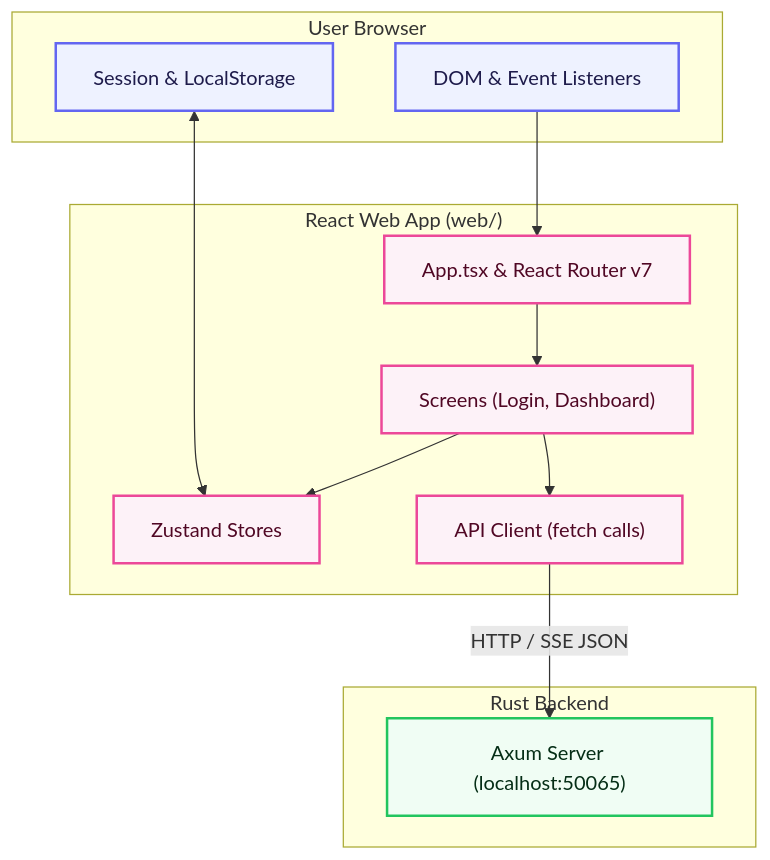
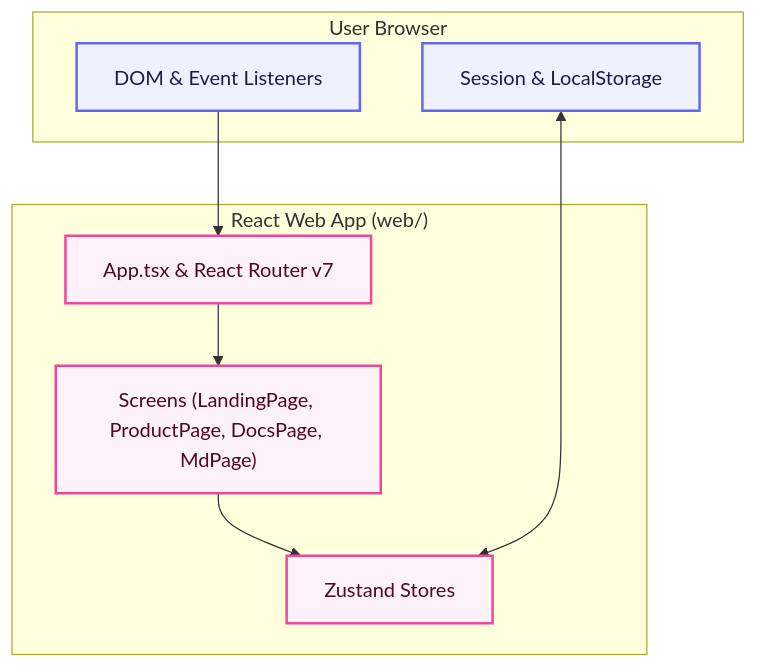
The diagram in web/README.md (Telegramonic/telegramonic), drawn with Mermaid before and after one commit. The commit also changed other lines of this file and 1 other file, not shown here.

First line of the commit message:
docs(TEL-20): remove server connection references from web documentation

````diff
--- a/web/README.md
+++ b/web/README.md
@@ -7,31 +7,23 @@
 ```mermaid
 graph TD
     %% Styling
     classDef browser fill:#eef2ff,stroke:#6366f1,stroke-width:2px,color:#1e1b4b;
     classDef renderer fill:#fdf2f8,stroke:#ec4899,stroke-width:2px,color:#500724;
-    classDef server fill:#f0fdf4,stroke:#22c55e,stroke-width:2px,color:#052e16;
 
     subgraph Browser ["User Browser"]
         DOM["DOM & Event Listeners"]:::browser
         Storage["Session & LocalStorage"]:::browser
     end
 
     subgraph ReactApp ["React Web App (web/)"]
         App["App.tsx & React Router v7"]:::renderer
-        Screens["Screens (Login, Dashboard)"]:::renderer
+        Screens["Screens (LandingPage, ProductPage, DocsPage, MdPage)"]:::renderer
         Store["Zustand Stores"]:::renderer
-        Client["API Client (fetch calls)"]:::renderer
-    end
-
-    subgraph Backend ["Rust Backend"]
-        Server["Axum Server (localhost:50065)"]:::server
     end
 
     %% Connections
     DOM --> App
     App --> Screens
     Screens --> Store
-    Screens --> Client
-    Client -- "HTTP / SSE JSON" --> Server
     Storage <--> Store
 ```
````
